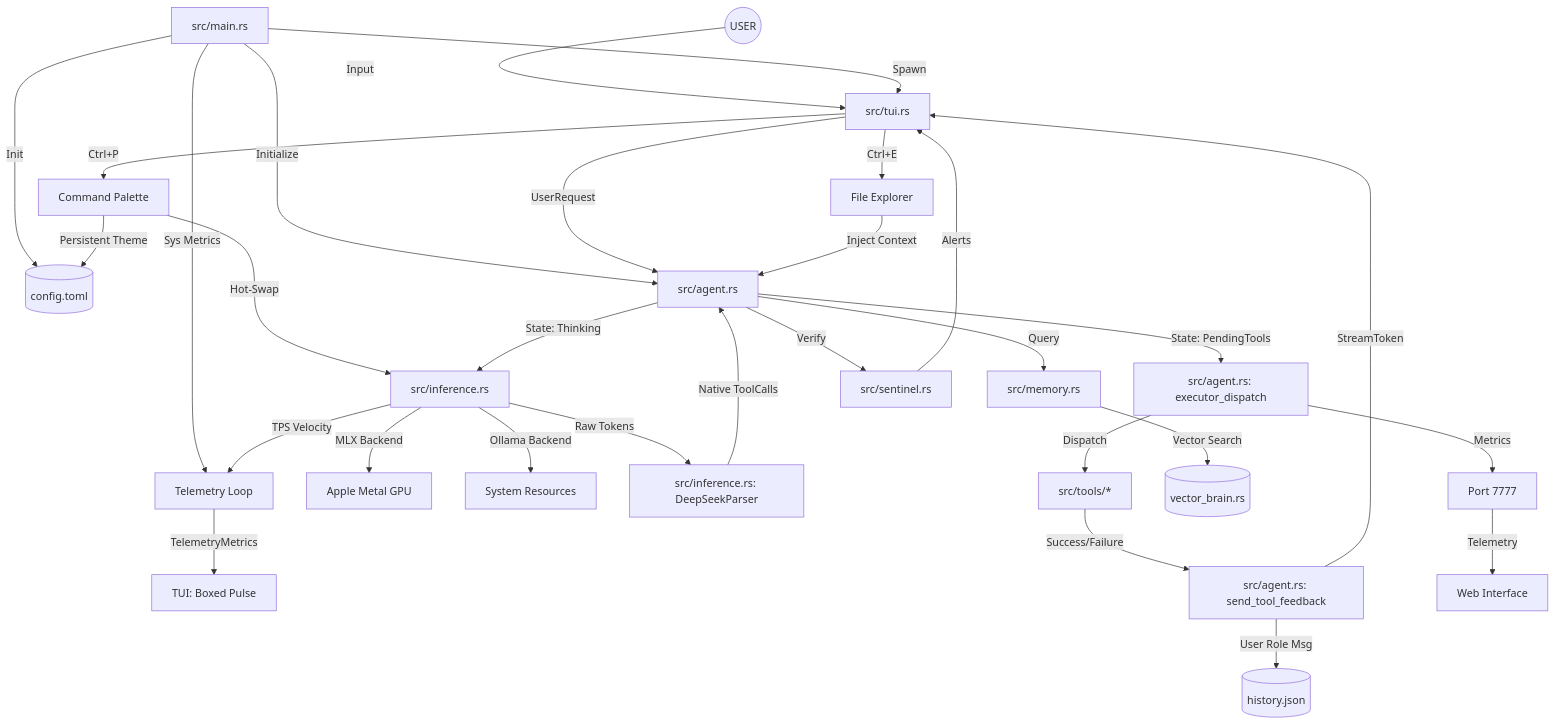
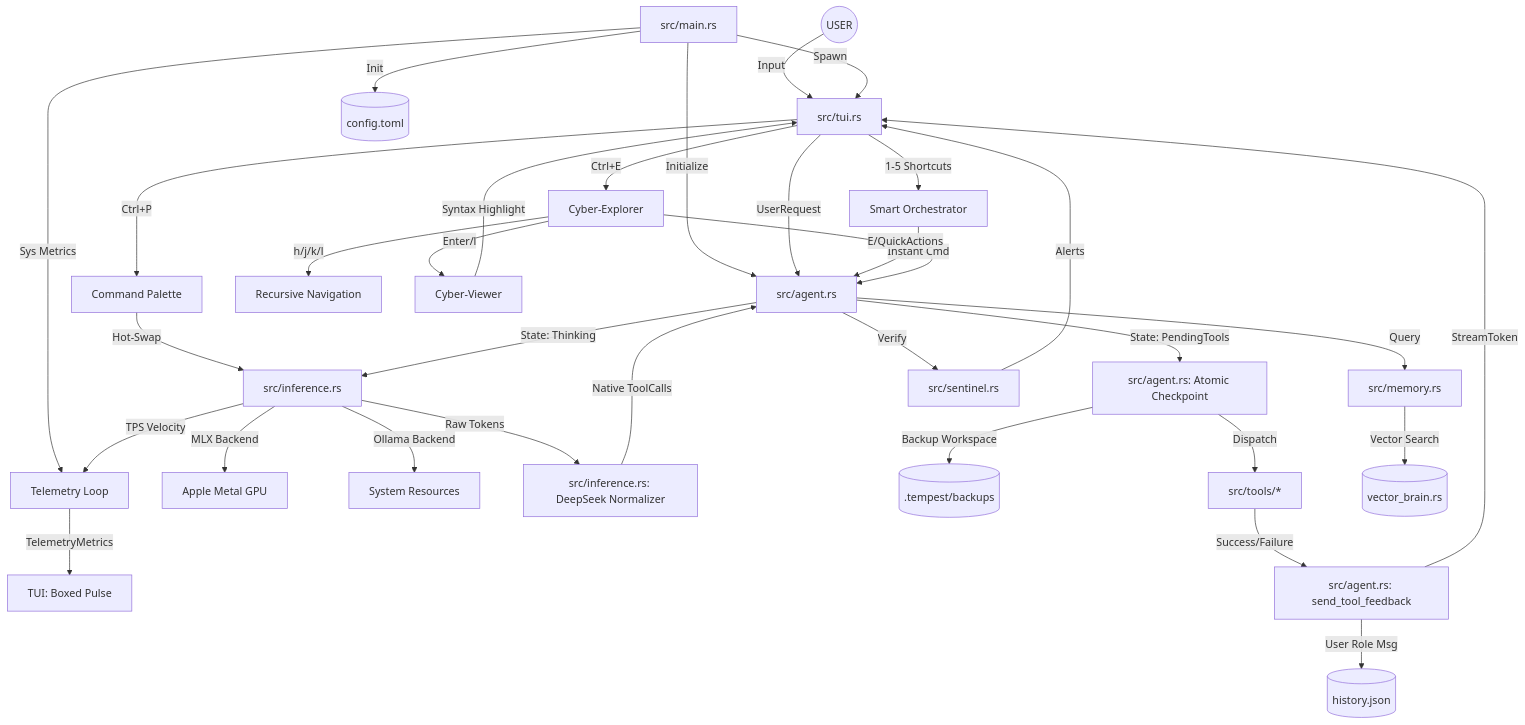
Before and after one commit to 7empest462/tempest_ai: the diagram in KNOWLEDGE_GRAPH.md, drawn with Mermaid. The commit also changed other lines of this file and 8 other files, not shown here.

Commit message:
🌪️ Tempest AI v0.3.1: Cyber-Orchestrator Upgrade

````diff
--- a/KNOWLEDGE_GRAPH.md
+++ b/KNOWLEDGE_GRAPH.md
@@ -7,47 +7,48 @@
 ```mermaid
 graph TD
     %% Entry & Configuration
     User((USER)) -->|Input| TUI[src/tui.rs]
     Main[src/main.rs] -->|Init| Config[(config.toml)]
     Main -->|Spawn| TUI
     Main -->|Initialize| Agent[src/agent.rs]
     
     %% Core Orchestration & Command Hub
     TUI -->|UserRequest| Agent
     TUI -->|Ctrl+P| Palette[Command Palette]
+    TUI -->|1-5 Shortcuts| Smart[Smart Orchestrator]
+    Smart -->|Instant Cmd| Agent
     Palette -->|Hot-Swap| Inference[src/inference.rs]
-    Palette -->|Persistent Theme| Config
     
     %% Data & Workspace Navigation
-    TUI -->|Ctrl+E| Explorer[File Explorer]
-    Explorer -->|Inject Context| Agent
+    TUI -->|Ctrl+E| Explorer[Cyber-Explorer]
+    Explorer -->|h/j/k/l| Traverse[Recursive Navigation]
+    Explorer -->|Enter/l| Viewer[Cyber-Viewer]
+    Viewer -->|Syntax Highlight| TUI
+    Explorer -->|E/QuickActions| Agent
     
     %% Telemetry & Performance Pulse
     Main -->|Sys Metrics| Telemetry[Telemetry Loop]
     Inference -->|TPS Velocity| Telemetry
     Telemetry -->|TelemetryMetrics| TUI_Pulse[TUI: Boxed Pulse]
     
     %% Inference Layer
     Agent -->|State: Thinking| Inference
     Inference -->|MLX Backend| GPU[Apple Metal GPU]
     Inference -->|Ollama Backend| CPU_GPU[System Resources]
     
-    %% Execution Loop
-    Inference -->|Raw Tokens| Parser[src/inference.rs: DeepSeekParser]
-    Parser -->|Native ToolCalls| Agent
-    Agent -->|State: PendingTools| Executor[src/agent.rs: executor_dispatch]
-    Executor -->|Dispatch| Tools[src/tools/*]
+    %% Execution Loop & Safety
+    Inference -->|Raw Tokens| Normalizer[src/inference.rs: DeepSeek Normalizer]
+    Normalizer -->|Native ToolCalls| Agent
+    Agent -->|State: PendingTools| Checkpoint[src/agent.rs: Atomic Checkpoint]
+    Checkpoint -->|Backup Workspace| Storage[(.tempest/backups)]
+    Checkpoint -->|Dispatch| Tools[src/tools/*]
     Tools -->|Success/Failure| Feedback[src/agent.rs: send_tool_feedback]
     Feedback -->|StreamToken| TUI
     Feedback -->|User Role Msg| History[(history.json)]
     
     %% Memory & Protection
     Agent -->|Query| Memory[src/memory.rs]
     Memory -->|Vector Search| Brain[(vector_brain.rs)]
     Agent -->|Verify| Sentinel[src/sentinel.rs]
     Sentinel -->|Alerts| TUI
-    
-    %% Monitoring
-    Executor -->|Metrics| Prometheus[Port 7777]
-    Prometheus -->|Telemetry| Dashboard[Web Interface]
 ```
````
